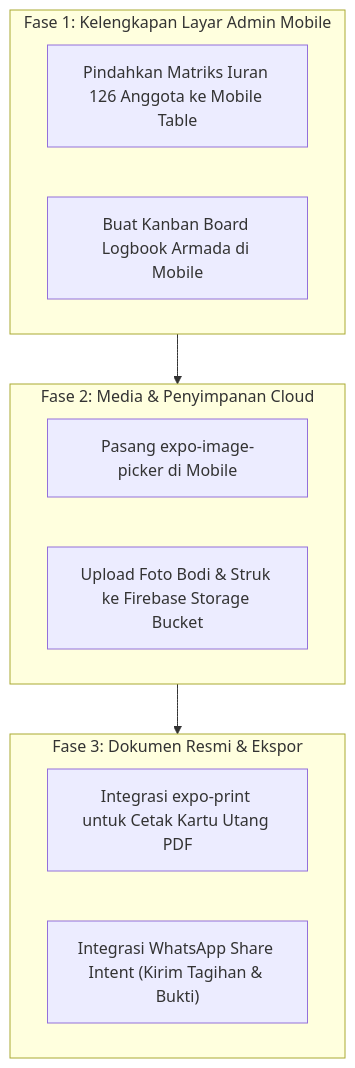
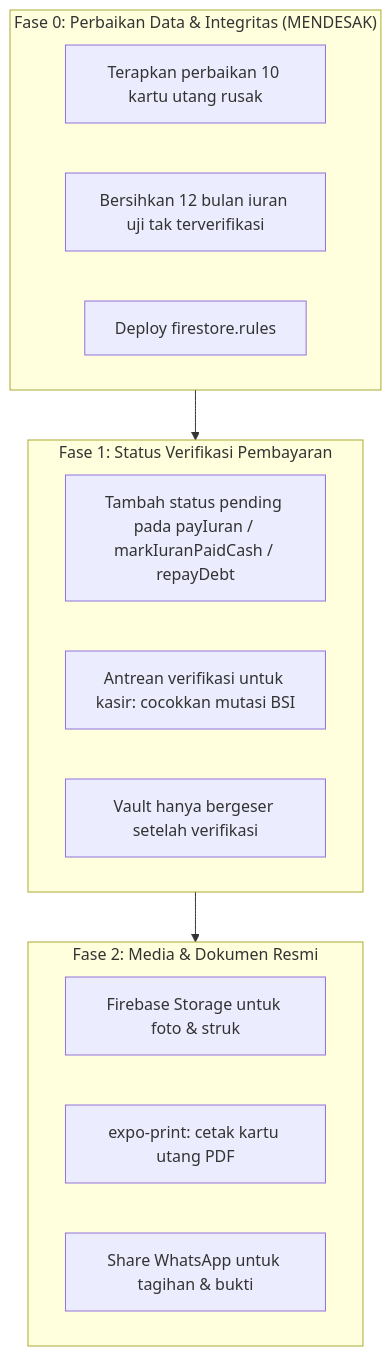
Before and after one commit to nibih/paguyuban-ev50: the diagram in docs/FEATURE_PLANNING.md, drawn with Mermaid. The commit also changed other lines of this file and 4 other files, not shown here.

````diff
--- a/docs/FEATURE_PLANNING.md
+++ b/docs/FEATURE_PLANNING.md
@@ -44,16 +53,19 @@
 ```mermaid
 flowchart TD
-    subgraph SPRINT_1["Fase 1: Kelengkapan Layar Admin Mobile"]
-        A1["Pindahkan Matriks Iuran 126 Anggota ke Mobile Table"]
-        A2["Buat Kanban Board Logbook Armada di Mobile"]
+    subgraph SPRINT_0["Fase 0: Perbaikan Data & Integritas (MENDESAK)"]
+        D1["Terapkan perbaikan 10 kartu utang rusak"]
+        D2["Bersihkan 12 bulan iuran uji tak terverifikasi"]
+        D3["Deploy firestore.rules"]
     end
-    subgraph SPRINT_2["Fase 2: Media & Penyimpanan Cloud"]
-        B1["Pasang expo-image-picker di Mobile"]
-        B2["Upload Foto Bodi & Struk ke Firebase Storage Bucket"]
+    subgraph SPRINT_1["Fase 1: Status Verifikasi Pembayaran"]
+        E1["Tambah status pending pada payIuran / markIuranPaidCash / repayDebt"]
+        E2["Antrean verifikasi untuk kasir: cocokkan mutasi BSI"]
+        E3["Vault hanya bergeser setelah verifikasi"]
     end
-    subgraph SPRINT_3["Fase 3: Dokumen Resmi & Ekspor"]
-        C1["Integrasi expo-print untuk Cetak Kartu Utang PDF"]
-        C2["Integrasi WhatsApp Share Intent (Kirim Tagihan & Bukti)"]
+    subgraph SPRINT_2["Fase 2: Media & Dokumen Resmi"]
+        B2["Firebase Storage untuk foto & struk"]
+        C1["expo-print: cetak kartu utang PDF"]
+        C2["Share WhatsApp untuk tagihan & bukti"]
     end
-    SPRINT_1 --> SPRINT_2 --> SPRINT_3
+    SPRINT_0 --> SPRINT_1 --> SPRINT_2
 ```
````
